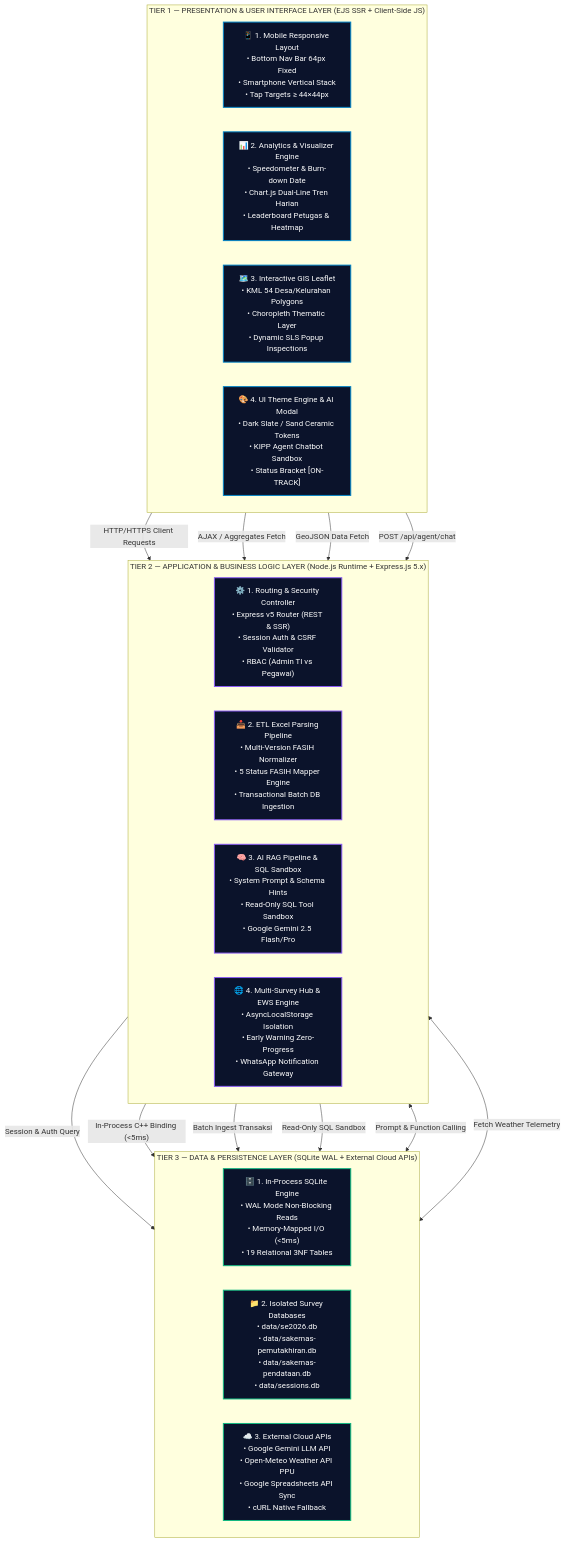
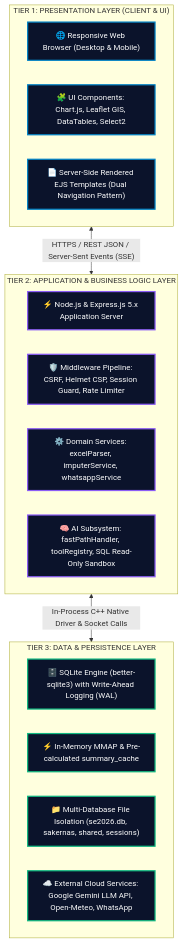
The seventh of 7 diagrams in laporan/OUTPUT_TAHAPAN_KEGIATAN/Kegiatan_2_System_and_Software_Design/Master_Laporan_Phase_2/LAPORAN_SYSTEM_DESIGN_AND_IMPLEMENTATION.md (ABDevelopt/dashboard-monitoring-se2026-ppu), drawn with Mermaid before and after one commit. The commit also changed other lines of this file and 40 other files, not shown here.

````diff
--- a/laporan/OUTPUT_TAHAPAN_KEGIATAN/Kegiatan_2_System_and_Software_Design/Master_Laporan_Phase_2/LAPORAN_SYSTEM_DESIGN_AND_IMPLEMENTATION.md
+++ b/laporan/OUTPUT_TAHAPAN_KEGIATAN/Kegiatan_2_System_and_Software_Design/Master_Laporan_Phase_2/LAPORAN_SYSTEM_DESIGN_AND_IMPLEMENTATION.md
@@ -608,41 +668,29 @@
 ```mermaid
 flowchart TB
-    classDef tier1Card fill:#0B132B,stroke:#0284C7,stroke-width:2px,color:#FFFFFF
-    classDef tier2Card fill:#0B132B,stroke:#8B5CF6,stroke-width:2px,color:#FFFFFF
-    classDef tier3Card fill:#0B132B,stroke:#10B981,stroke-width:2px,color:#FFFFFF
+    classDef clientTier fill:#0B132B,stroke:#0284C7,stroke-width:2.5px,color:#FFFFFF;
+    classDef appTier fill:#0B132B,stroke:#8B5CF6,stroke-width:2.5px,color:#FFFFFF;
+    classDef dataTier fill:#0B132B,stroke:#10B981,stroke-width:2.5px,color:#FFFFFF;
 
-    subgraph T1["TIER 1 — PRESENTATION & USER INTERFACE LAYER (EJS SSR + Client-Side JS)"]
-        direction LR
-        UI1["📱 1. Mobile Responsive Layout\n• Bottom Nav Bar 64px Fixed\n• Smartphone Vertical Stack\n• Tap Targets ≥ 44×44px"]:::tier1Card
-        UI2["📊 2. Analytics & Visualizer Engine\n• Speedometer & Burn-down Date\n• Chart.js Dual-Line Tren Harian\n• Leaderboard Petugas & Heatmap"]:::tier1Card
-        UI3["🗺️ 3. Interactive GIS Leaflet\n• KML 54 Desa/Kelurahan Polygons\n• Choropleth Thematic Layer\n• Dynamic SLS Popup Inspections"]:::tier1Card
-        UI4["🎨 4. UI Theme Engine & AI Modal\n• Dark Slate / Sand Ceramic Tokens\n• KIPP Agent Chatbot Sandbox\n• Status Bracket [ON-TRACK]"]:::tier1Card
+    subgraph TIER1["TIER 1: PRESENTATION LAYER (CLIENT & UI)"]
+        UI_WEB["🌐 Responsive Web Browser (Desktop & Mobile)"]:::clientTier
+        UI_COMP["🧩 UI Components: Chart.js, Leaflet GIS, DataTables, Select2"]:::clientTier
+        UI_EJS["📄 Server-Side Rendered EJS Templates (Dual Navigation Pattern)"]:::clientTier
     end
 
-    subgraph T2["TIER 2 — APPLICATION & BUSINESS LOGIC LAYER (Node.js Runtime + Express.js 5.x)"]
-        direction LR
-        APP1["⚙️ 1. Routing & Security Controller\n• Express v5 Router (REST & SSR)\n• Session Auth & CSRF Validator\n• RBAC (Admin TI vs Pegawai)"]:::tier2Card
-        APP2["📥 2. ETL Excel Parsing Pipeline\n• Multi-Version FASIH Normalizer\n• 5 Status FASIH Mapper Engine\n• Transactional Batch DB Ingestion"]:::tier2Card
-        APP3["🧠 3. AI RAG Pipeline & SQL Sandbox\n• System Prompt & Schema Hints\n• Read-Only SQL Tool Sandbox\n• Google Gemini 2.5 Flash/Pro"]:::tier2Card
-        APP4["🌐 4. Multi-Survey Hub & EWS Engine\n• AsyncLocalStorage Isolation\n• Early Warning Zero-Progress\n• WhatsApp Notification Gateway"]:::tier2Card
+    subgraph TIER2["TIER 2: APPLICATION & BUSINESS LOGIC LAYER"]
+        APP_EXPRESS["⚡ Node.js & Express.js 5.x Application Server"]:::appTier
+        APP_SEC["🛡️ Middleware Pipeline: CSRF, Helmet CSP, Session Guard, Rate Limiter"]:::appTier
+        APP_SERVICES["⚙️ Domain Services: excelParser, imputerService, whatsappService"]:::appTier
+        APP_AI["🧠 AI Subsystem: fastPathHandler, toolRegistry, SQL Read-Only Sandbox"]:::appTier
     end
 
-    subgraph T3["TIER 3 — DATA & PERSISTENCE LAYER (SQLite WAL + External Cloud APIs)"]
-        direction LR
-        DATA1["🗄️ 1. In-Process SQLite Engine\n• WAL Mode Non-Blocking Reads\n• Memory-Mapped I/O (<5ms)\n• 19 Relational 3NF Tables"]:::tier3Card
-        DATA2["📁 2. Isolated Survey Databases\n• data/se2026.db\n• data/sakernas-pemutakhiran.db\n• data/sakernas-pendataan.db\n• data/sessions.db"]:::tier3Card
-        DATA3["☁️ 3. External Cloud APIs\n• Google Gemini LLM API\n• Open-Meteo Weather API PPU\n• Google Spreadsheets API Sync\n• cURL Native Fallback"]:::tier3Card
+    subgraph TIER3["TIER 3: DATA & PERSISTENCE LAYER"]
+        DATA_SQLITE["🗄️ SQLite Engine (better-sqlite3) with Write-Ahead Logging (WAL)"]:::dataTier
+        DATA_CACHE["⚡ In-Memory MMAP & Pre-calculated summary_cache"]:::dataTier
+        DATA_ISOLATION["📁 Multi-Database File Isolation (se2026.db, sakernas, shared, sessions)"]:::dataTier
+        DATA_EXTERNAL["☁️ External Cloud Services: Google Gemini LLM API, Open-Meteo, WhatsApp"]:::dataTier
     end
 
-    UI1 -->|"HTTP/HTTPS Client Requests"| APP1
-    UI2 -->|"AJAX / Aggregates Fetch"| APP2
-    UI3 -->|"GeoJSON Data Fetch"| APP4
-    UI4 -->|"POST /api/agent/chat"| APP3
-
-    APP1 -->|"Session & Auth Query"| DATA2
-    APP2 -->|"In-Process C++ Binding (<5ms)"| DATA1
-    APP2 -->|"Batch Ingest Transaksi"| DATA2
-    APP3 -->|"Read-Only SQL Sandbox"| DATA2
-    APP3 <-->|"Prompt & Function Calling"| DATA3
-    APP4 <-->|"Fetch Weather Telemetry"| DATA3
+    TIER1 <-->|"HTTPS / REST JSON / Server-Sent Events (SSE)"| TIER2
+    TIER2 <-->|"In-Process C++ Native Driver & Socket Calls"| TIER3
 ```
````
